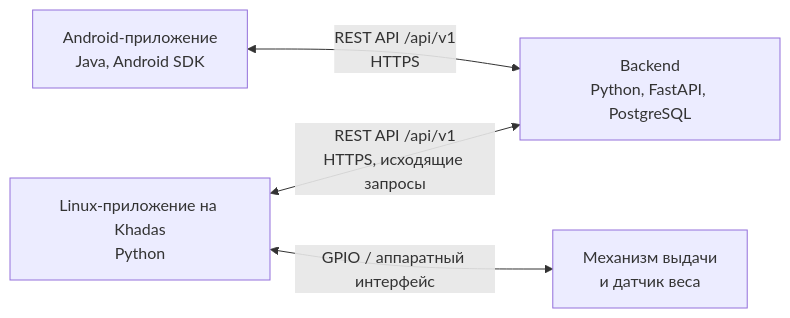
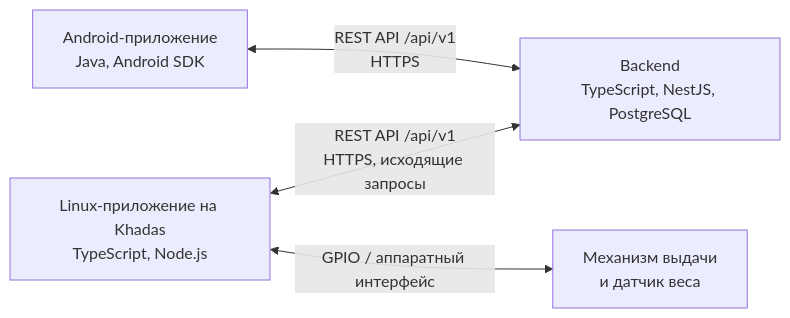
The first of 3 diagrams in docs/architecture.md (evgesha0-0/programming-of-mobile-devices), drawn with Mermaid before and after one commit. The commit also changed other lines of this file and 4 other files, not shown here.

Commit message:
docs: update architecture for TypeScript stack

````diff
--- a/docs/architecture.md
+++ b/docs/architecture.md
@@ -9,11 +9,11 @@
 ```mermaid
 flowchart LR
     A[Android-приложение<br/>Java, Android SDK]
-    B[Backend<br/>Python, FastAPI, PostgreSQL]
-    K[Linux-приложение на Khadas<br/>Python]
+    B[Backend<br/>TypeScript, NestJS, PostgreSQL]
+    K[Linux-приложение на Khadas<br/>TypeScript, Node.js]
     H[Механизм выдачи<br/>и датчик веса]
 
     A <-->|REST API /api/v1<br/>HTTPS| B
     K <-->|REST API /api/v1<br/>HTTPS, исходящие запросы| B
     K <-->|GPIO / аппаратный интерфейс| H
 ```
````
